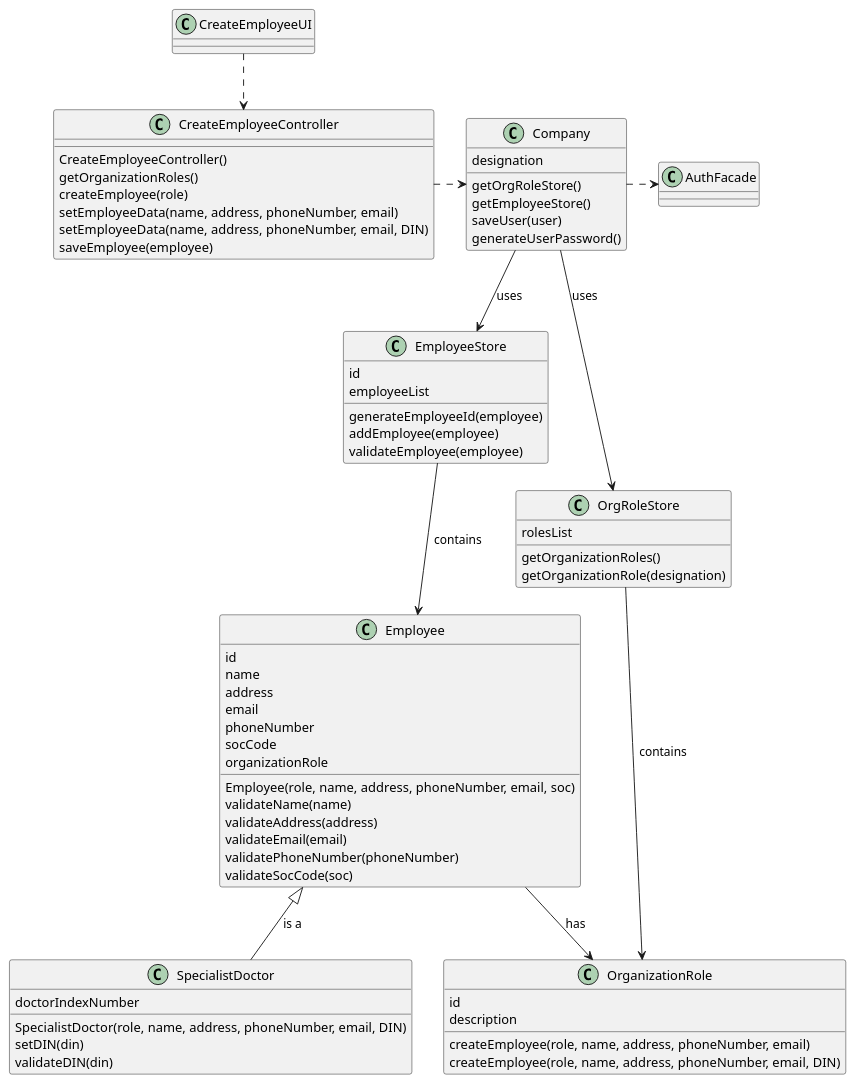
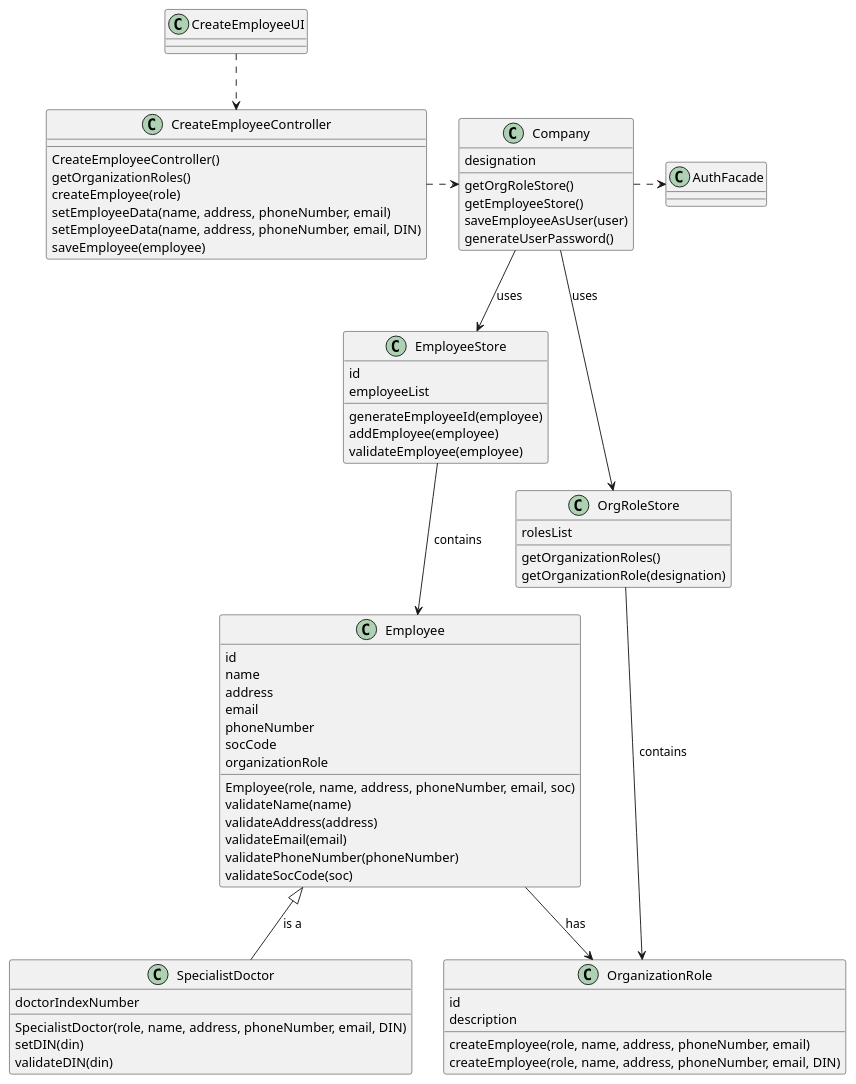
The diagram in docs/SprintB/US7/US7_CD.puml (MadDinosaur/ISEP-LAPR2), drawn with PlantUML before and after one commit. The commit also changed 5 other files, not shown here.

```diff
--- a/docs/SprintB/US7/US7_CD.puml
+++ b/docs/SprintB/US7/US7_CD.puml
@@ -1,68 +1,68 @@
 @startuml
 class CreateEmployeeUI
 class CreateEmployeeController {
 {method} CreateEmployeeController()
 {method} getOrganizationRoles()
 {method} createEmployee(role)
 {method} setEmployeeData(name, address, phoneNumber, email)
 {method} setEmployeeData(name, address, phoneNumber, email, DIN)
 {method} saveEmployee(employee)
 }
 class Company {
 {field} designation
 {method} getOrgRoleStore()
 {method} getEmployeeStore()
-{method} saveUser(user)
+{method} saveEmployeeAsUser(user)
 {method} generateUserPassword()
 }
 class EmployeeStore {
 {field} id
 {field} employeeList
 {method} generateEmployeeId(employee)
 {method} addEmployee(employee)
 {method} validateEmployee(employee)
 }
 class OrgRoleStore {
 {field} rolesList
 {method} getOrganizationRoles()
 {method} getOrganizationRole(designation)
 }
 class Employee {
 {field} id
 {field} name
 {field} address
 {field} email
 {field} phoneNumber
 {field} socCode
 {field} organizationRole
 {method} Employee(role, name, address, phoneNumber, email, soc)
 {method} validateName(name)
 {method} validateAddress(address)
 {method} validateEmail(email)
 {method} validatePhoneNumber(phoneNumber)
 {method} validateSocCode(soc)
 }
 class OrganizationRole {
 {field} id
 {field} description
 {method} createEmployee(role, name, address, phoneNumber, email)
 {method} createEmployee(role, name, address, phoneNumber, email, DIN)
 }
 class SpecialistDoctor {
 {field} doctorIndexNumber
 {method} SpecialistDoctor(role, name, address, phoneNumber, email, DIN)
 {method} setDIN(din)
 {method} validateDIN(din)
 }
 class AuthFacade
 
 CreateEmployeeUI ..> CreateEmployeeController
 CreateEmployeeController .right.> Company
 Company --> EmployeeStore : uses
 Company --> OrgRoleStore : uses
 EmployeeStore --> Employee : contains
 Company .right.> AuthFacade
 OrgRoleStore --> OrganizationRole : contains
 Employee --> OrganizationRole : has
 Employee <|-- SpecialistDoctor : is a
 @enduml
```
